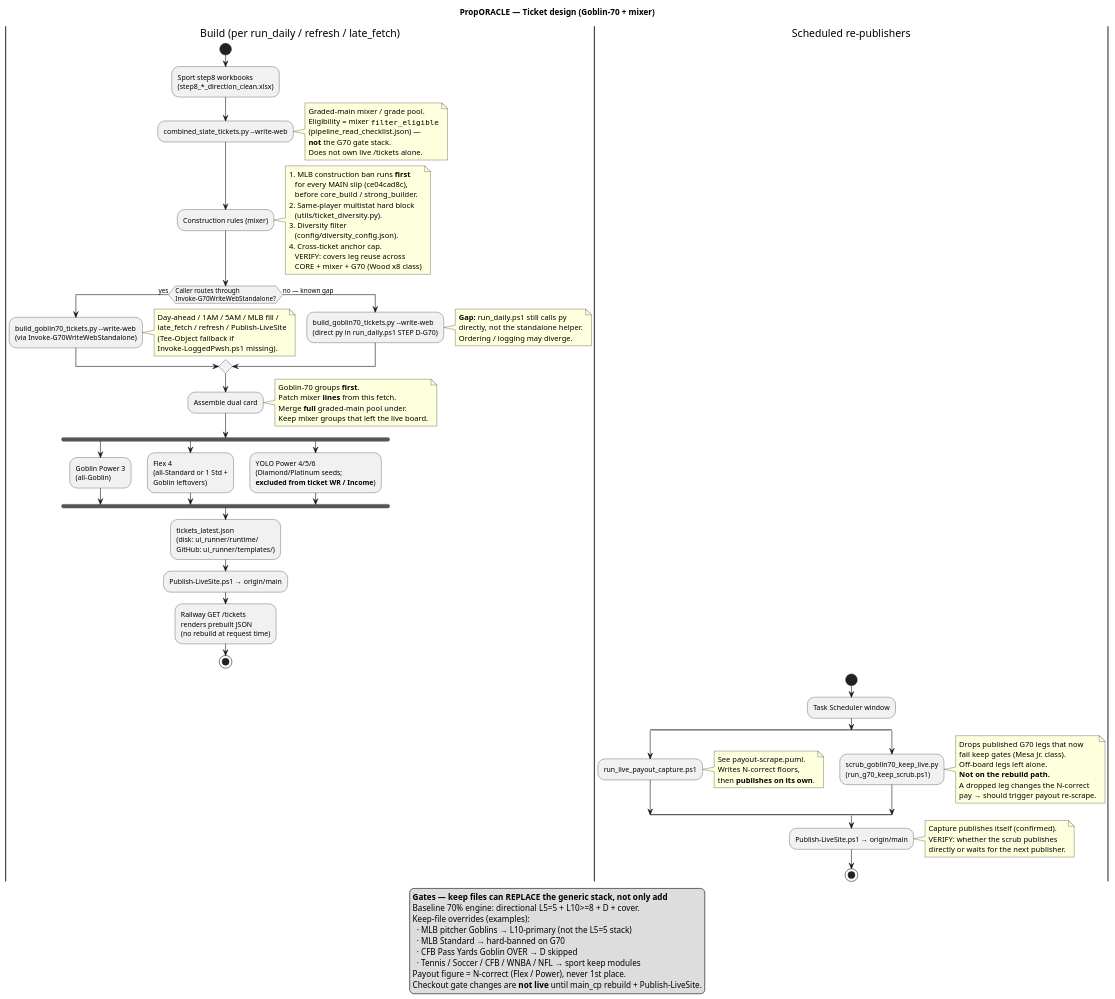
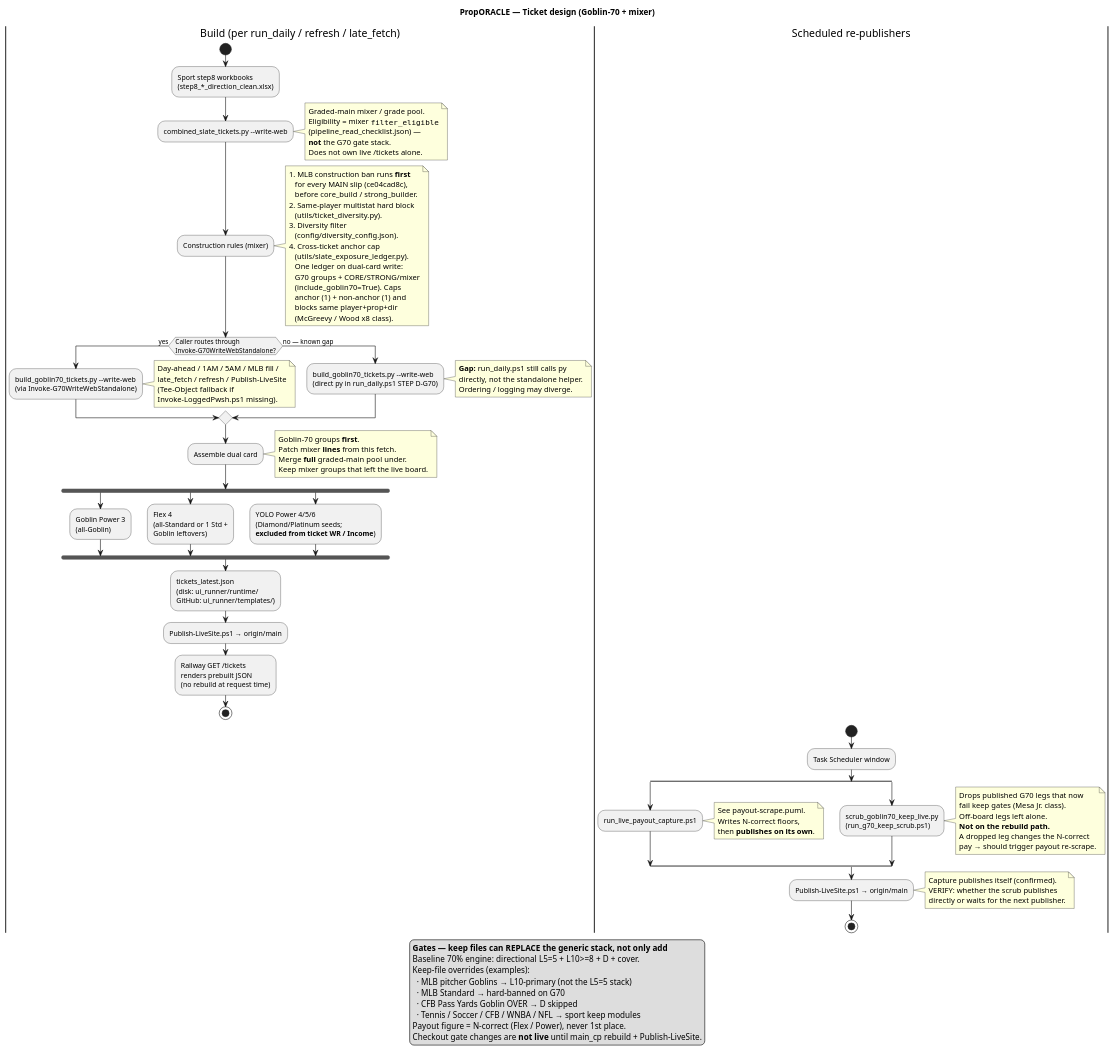
The diagram in docs/diagrams/ticket-design.puml (halekevi/PropORACLE), drawn with PlantUML before and after one commit. The commit also changed 1 other file, not shown here.

Commit message:
docs: Confirm cross-ticket anchor cap covers G70 + CORE/mixer.
Closes the Open items VERIFY: dual-card trim_payload_slate_exposure walks one ledger with include_goblin70=True (anchor/non-anchor caps + same-prop block).

```diff
--- a/docs/diagrams/ticket-design.puml
+++ b/docs/diagrams/ticket-design.puml
@@ -1,114 +1,119 @@
 @startuml PropORACLE_Ticket_Design
 ' Ticket design — dual card build, construction rules, publish
 ' Scheduled re-publishers (payout capture, keep scrub) are separate flows below.
 ' Render: PlantUML extension or https://www.plantuml.com/plantuml
 
 title PropORACLE — Ticket design (Goblin-70 + mixer)
 
 |Build (per run_daily / refresh / late_fetch)|
 start
 :Sport step8 workbooks\n(step8_*_direction_clean.xlsx);
 
 :combined_slate_tickets.py --write-web;
 note right
   Graded-main mixer / grade pool.
   Eligibility = mixer ""filter_eligible""
   (pipeline_read_checklist.json) —
   **not** the G70 gate stack.
   Does not own live /tickets alone.
 end note
 
 :Construction rules (mixer);
 note right
   1. MLB construction ban runs **first**
      for every MAIN slip (ce04cad8c),
      before core_build / strong_builder.
   2. Same-player multistat hard block
      (utils/ticket_diversity.py).
   3. Diversity filter
      (config/diversity_config.json).
-  4. Cross-ticket anchor cap.
-     VERIFY: covers leg reuse across
-     CORE + mixer + G70 (Wood x8 class)
+  4. Cross-ticket anchor cap
+     (utils/slate_exposure_ledger.py).
+     One ledger on dual-card write:
+     G70 groups + CORE/STRONG/mixer
+     (include_goblin70=True). Caps
+     anchor (1) + non-anchor (1) and
+     blocks same player+prop+dir
+     (McGreevy / Wood x8 class).
 end note
 
 if (Caller routes through\nInvoke-G70WriteWebStandalone?) then (yes)
   :build_goblin70_tickets.py --write-web\n(via Invoke-G70WriteWebStandalone);
   note right
     Day-ahead / 1AM / 5AM / MLB fill /
     late_fetch / refresh / Publish-LiveSite
     (Tee-Object fallback if
     Invoke-LoggedPwsh.ps1 missing).
   end note
 else (no — known gap)
   :build_goblin70_tickets.py --write-web\n(direct py in run_daily.ps1 STEP D-G70);
   note right
     **Gap:** run_daily.ps1 still calls py
     directly, not the standalone helper.
     Ordering / logging may diverge.
   end note
 endif
 
 :Assemble dual card;
 note right
   Goblin-70 groups **first**.
   Patch mixer **lines** from this fetch.
   Merge **full** graded-main pool under.
   Keep mixer groups that left the live board.
 end note
 
 fork
   :Goblin Power 3\n(all-Goblin);
 fork again
   :Flex 4\n(all-Standard or 1 Std +\nGoblin leftovers);
 fork again
   :YOLO Power 4/5/6\n(Diamond/Platinum seeds;\n**excluded from ticket WR / Income**);
 end fork
 
 :tickets_latest.json\n(disk: ui_runner/runtime/\nGitHub: ui_runner/templates/);
 :Publish-LiveSite.ps1 → origin/main;
 :Railway GET /tickets\nrenders prebuilt JSON\n(no rebuild at request time);
 stop
 
 |Scheduled re-publishers|
 start
 :Task Scheduler window;
 split
   :run_live_payout_capture.ps1;
   note right
     See payout-scrape.puml.
     Writes N-correct floors,
     then **publishes on its own**.
   end note
 split again
   :scrub_goblin70_keep_live.py\n(run_g70_keep_scrub.ps1);
   note right
     Drops published G70 legs that now
     fail keep gates (Mesa Jr. class).
     Off-board legs left alone.
     **Not on the rebuild path.**
     A dropped leg changes the N-correct
     pay → should trigger payout re-scrape.
   end note
 end split
 :Publish-LiveSite.ps1 → origin/main;
 note right
   Capture publishes itself (confirmed).
   VERIFY: whether the scrub publishes
   directly or waits for the next publisher.
 end note
 stop
 
 legend bottom
   **Gates — keep files can REPLACE the generic stack, not only add**
   Baseline 70% engine: directional L5=5 + L10>=8 + D + cover.
   Keep-file overrides (examples):
     · MLB pitcher Goblins → L10-primary (not the L5=5 stack)
     · MLB Standard → hard-banned on G70
     · CFB Pass Yards Goblin OVER → D skipped
     · Tennis / Soccer / CFB / WNBA / NFL → sport keep modules
   Payout figure = N-correct (Flex / Power), never 1st place.
   Checkout gate changes are **not live** until main_cp rebuild + Publish-LiveSite.
 endlegend
 
 @enduml
```
